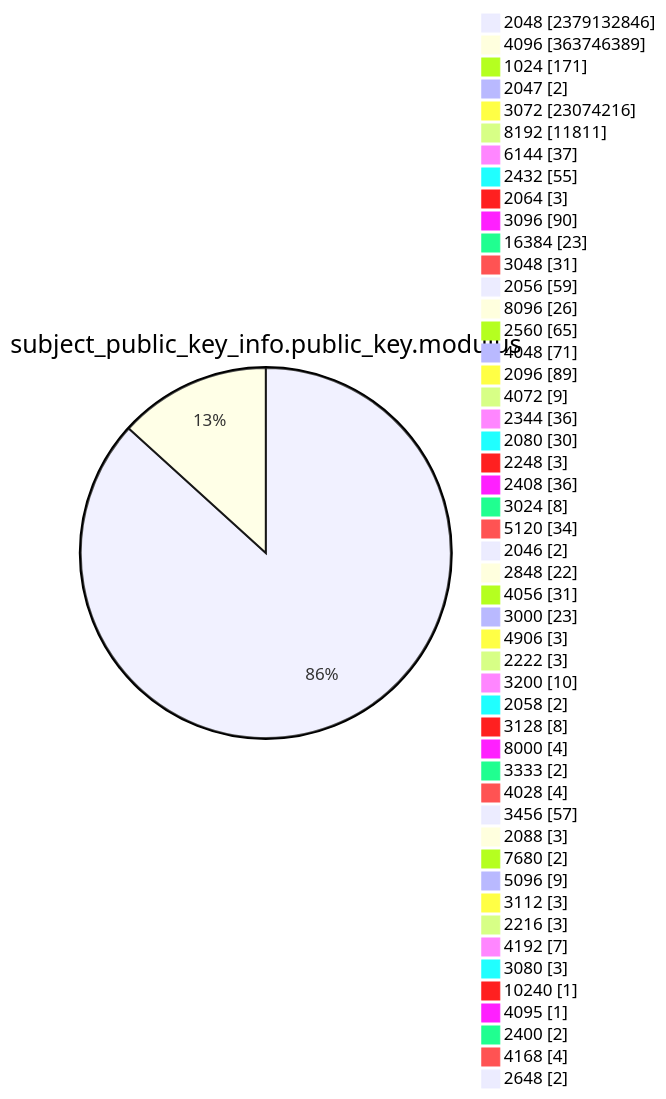
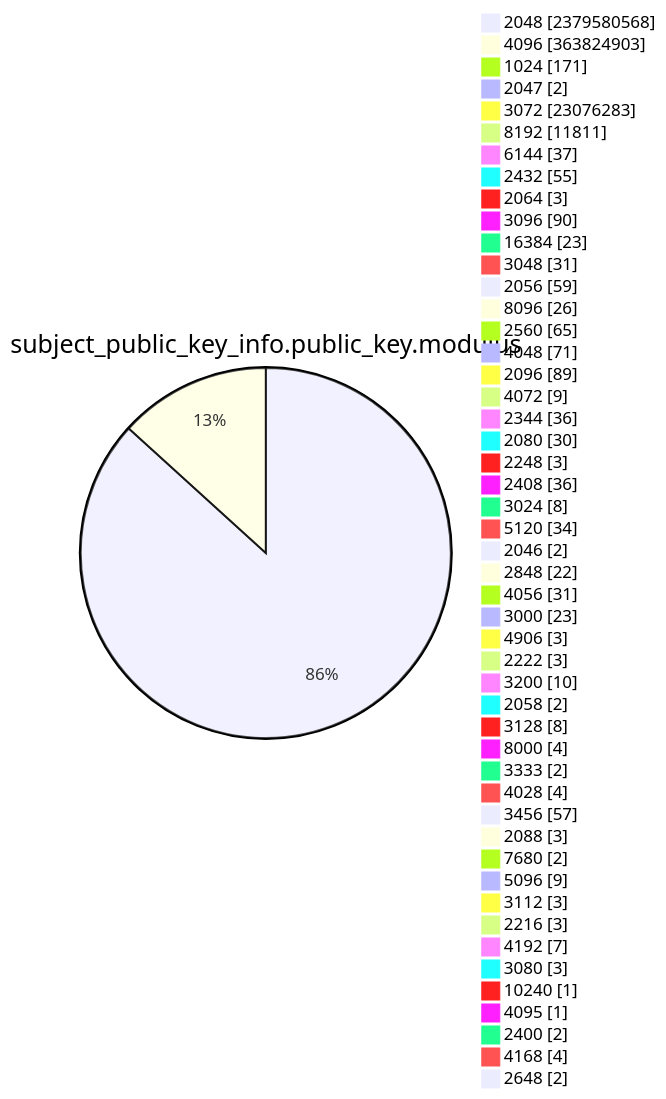
One commit to christiankrug/ctmonitor_visualization changed diagram 13 of 15 in TOTAL/README.md. Above: the diagram before and after it, drawn with Mermaid. The commit also changed other lines of this file, not shown here.

````diff
--- a/TOTAL/README.md
+++ b/TOTAL/README.md
@@ -4167,53 +4167,53 @@
 ```mermaid
 pie showData
 title subject_public_key_info.public_key.modulus
-"2048" :2379132846
-"4096" :363746389
+"2048" :2379580568
+"4096" :363824903
 "1024" :171
 "2047" :2
-"3072" :23074216
+"3072" :23076283
 "8192" :11811
 "6144" :37
 "2432" :55
 "2064" :3
 "3096" :90
 "16384" :23
 "3048" :31
 "2056" :59
 "8096" :26
 "2560" :65
 "4048" :71
 "2096" :89
 "4072" :9
 "2344" :36
 "2080" :30
 "2248" :3
 "2408" :36
 "3024" :8
 "5120" :34
 "2046" :2
 "2848" :22
 "4056" :31
 "3000" :23
 "4906" :3
 "2222" :3
 "3200" :10
 "2058" :2
 "3128" :8
 "8000" :4
 "3333" :2
 "4028" :4
 "3456" :57
 "2088" :3
 "7680" :2
 "5096" :9
 "3112" :3
 "2216" :3
 "4192" :7
 "3080" :3
 "10240" :1
 "4095" :1
 "2400" :2
 "4168" :4
 "2648" :2
 ```
````
